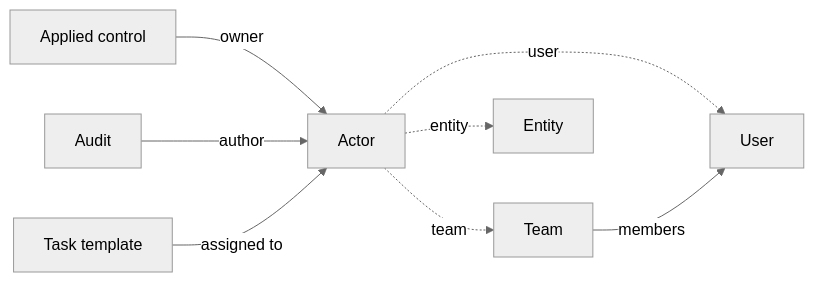
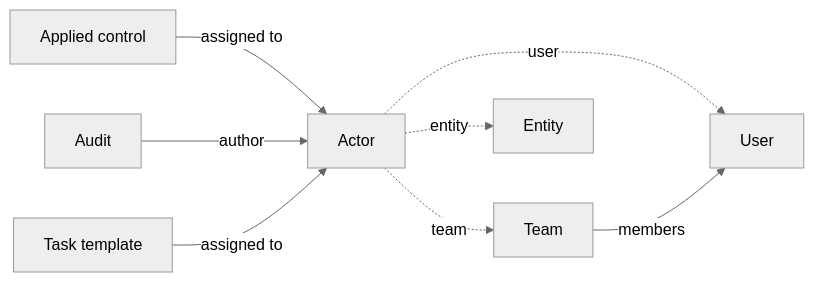
The diagram in product-docs/concepts/actors-and-teams.md (intuitem/ciso-assistant-community), drawn with Mermaid (neutral theme) before and after one commit. The commit also changed other lines of this file and 18 other files, not shown here.

````diff
--- a/product-docs/concepts/actors-and-teams.md
+++ b/product-docs/concepts/actors-and-teams.md
@@ -11,10 +11,10 @@
 ```mermaid
 graph LR
-  AC[Applied control] -->|owner| ACT[Actor]
+  AC[Applied control] -->|assigned to| ACT[Actor]
   CA[Audit] -->|author| ACT
   TT[Task template] -->|assigned to| ACT
   ACT -.->|user| U[User]
   ACT -.->|team| T[Team]
   ACT -.->|entity| E[Entity]
   T -->|members| U
 ```
````
